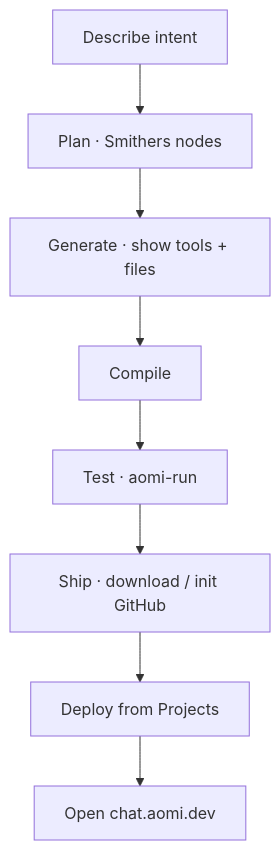
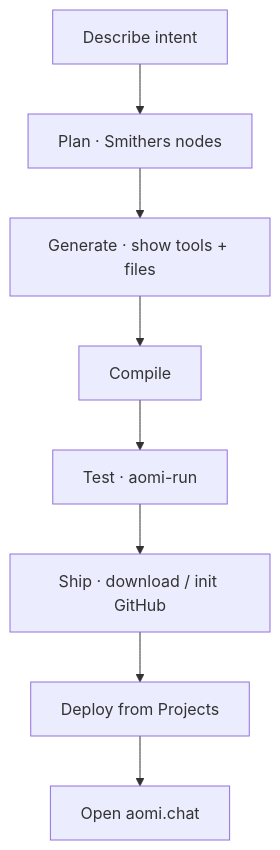
Before and after one commit to aomi-labs/aomi: the third of 8 diagrams in apps/build/AI-BUILDER-EXPERIENCE.md, drawn with Mermaid. The commit also changed other lines of this file and 73 other files, not shown here.

First line of the commit message:
Default the SDK, CLI and widget to aomi.chat

````diff
--- a/apps/build/AI-BUILDER-EXPERIENCE.md
+++ b/apps/build/AI-BUILDER-EXPERIENCE.md
@@ -142,10 +142,10 @@
 ```mermaid
 flowchart TD
   D[Describe intent] --> P[Plan · Smithers nodes]
   P --> G[Generate · show tools + files]
   G --> C[Compile]
   C --> T[Test · aomi-run]
   T --> S[Ship · download / init GitHub]
   S --> Dep[Deploy from Projects]
-  Dep --> Chat[Open chat.aomi.dev]
+  Dep --> Chat[Open aomi.chat]
 ```
````
